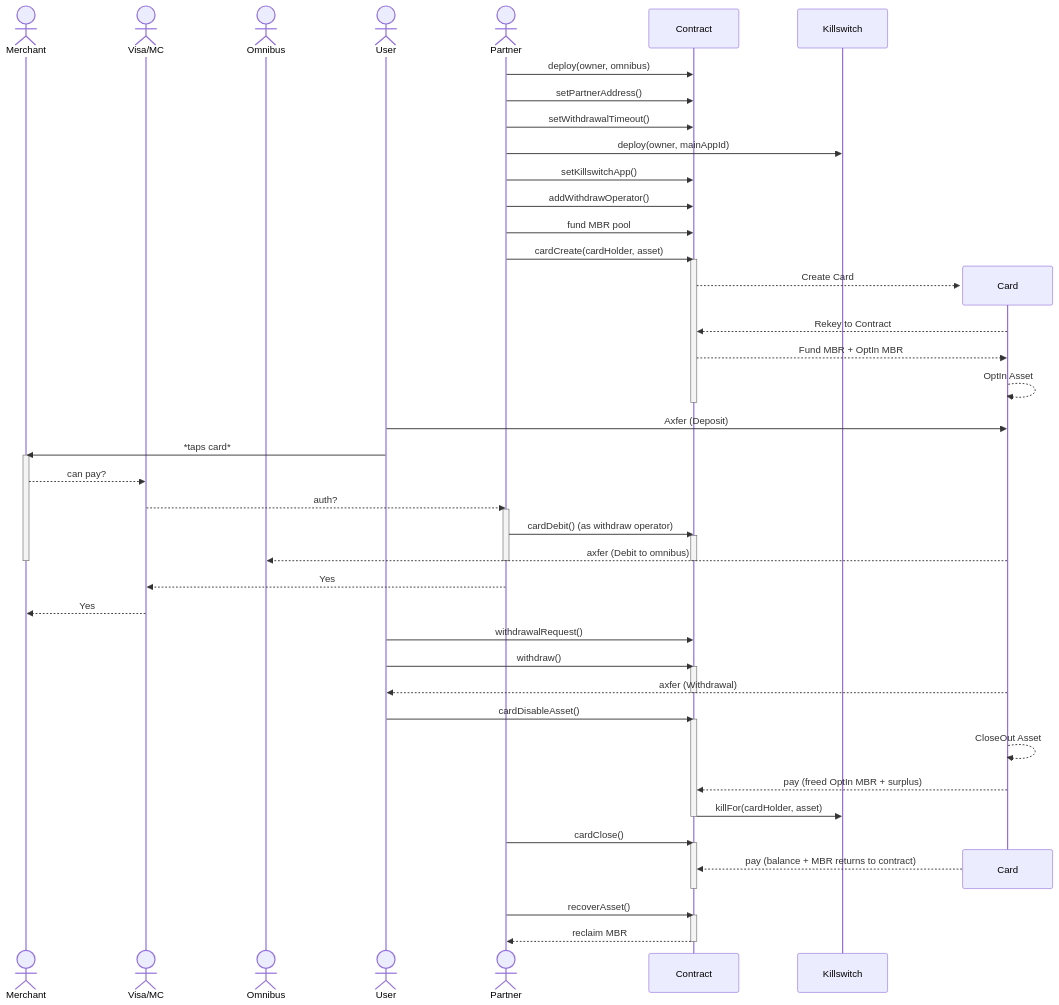
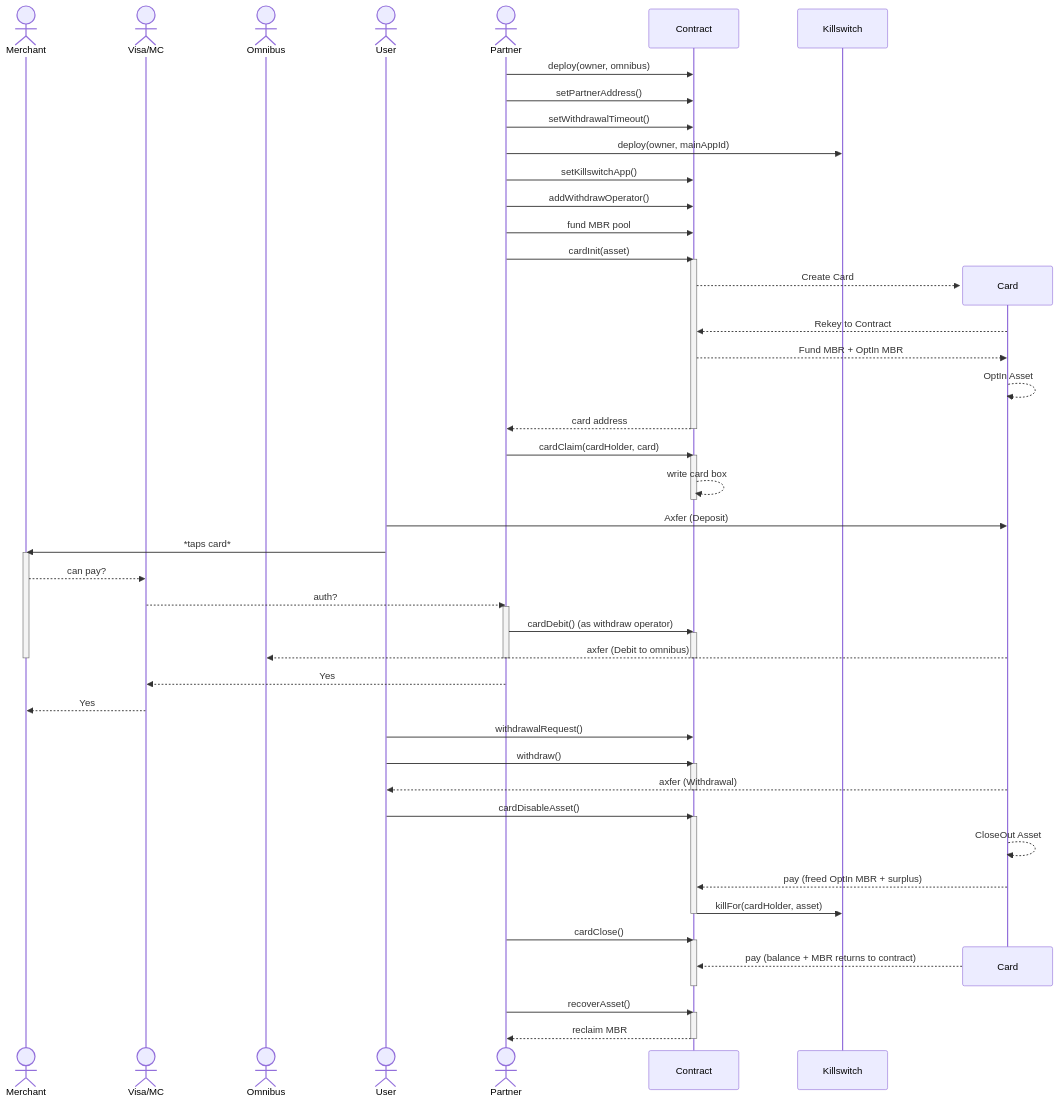
One commit to algorandfoundation/auto-draw-card changed the second of 2 diagrams in projects/auto-draw-card/README.md. Above: the diagram before and after it, drawn with Mermaid. The commit also changed other lines of this file and 17 other files, not shown here.

````diff
--- a/projects/auto-draw-card/README.md
+++ b/projects/auto-draw-card/README.md
@@ -270,59 +313,64 @@
 ```mermaid
 sequenceDiagram
     actor Merchant
     actor Visa/MC
     actor Omnibus
     actor User
     actor Partner
     participant Contract
     participant Killswitch
     Partner->>Contract: deploy(owner, omnibus)
     Partner->>Contract: setPartnerAddress()
     Partner->>Contract: setWithdrawalTimeout()
     Partner->>Killswitch: deploy(owner, mainAppId)
     Partner->>Contract: setKillswitchApp()
     Partner->>Contract: addWithdrawOperator()
     Partner->>Contract: fund MBR pool
-    Partner->>Contract: cardCreate(cardHolder, asset)
+    Partner->>Contract: cardInit(asset)
     activate Contract
     create participant Card
     Contract-->>Card: Create Card
     Card-->>Contract: Rekey to Contract
     Contract-->>Card: Fund MBR + OptIn MBR
     Card-->>Card: OptIn Asset
+    Contract-->>Partner: card address
+    deactivate Contract
+    Partner->>Contract: cardClaim(cardHolder, card)
+    activate Contract
+    Contract-->>Contract: write card box
     deactivate Contract
     User->>Card: Axfer (Deposit)
     User->>Merchant: *taps card*
     activate Merchant
     Merchant-->>Visa/MC: can pay?
     Visa/MC-->>Partner: auth?
     activate Partner
     Partner->>Contract: cardDebit() (as withdraw operator)
     activate Contract
     Card-->>Omnibus: axfer (Debit to omnibus)
     deactivate Partner
     deactivate Merchant
     deactivate Contract
     Partner-->>Visa/MC: Yes
     Visa/MC-->>Merchant: Yes
     User->>Contract: withdrawalRequest()
     User->>Contract: withdraw()
     activate Contract
     Card-->>User: axfer (Withdrawal)
     deactivate Contract
     User->>Contract: cardDisableAsset()
     activate Contract
     Card-->>Card: CloseOut Asset
     Card-->>Contract: pay (freed OptIn MBR + surplus)
     Contract->>Killswitch: killFor(cardHolder, asset)
     deactivate Contract
     Partner->>Contract: cardClose()
     activate Contract
     destroy Card
     Card-->>Contract: pay (balance + MBR returns to contract)
     deactivate Contract
     Partner->>Contract: recoverAsset()
     activate Contract
     Contract-->>Partner: reclaim MBR
     deactivate Contract
 ```
````
